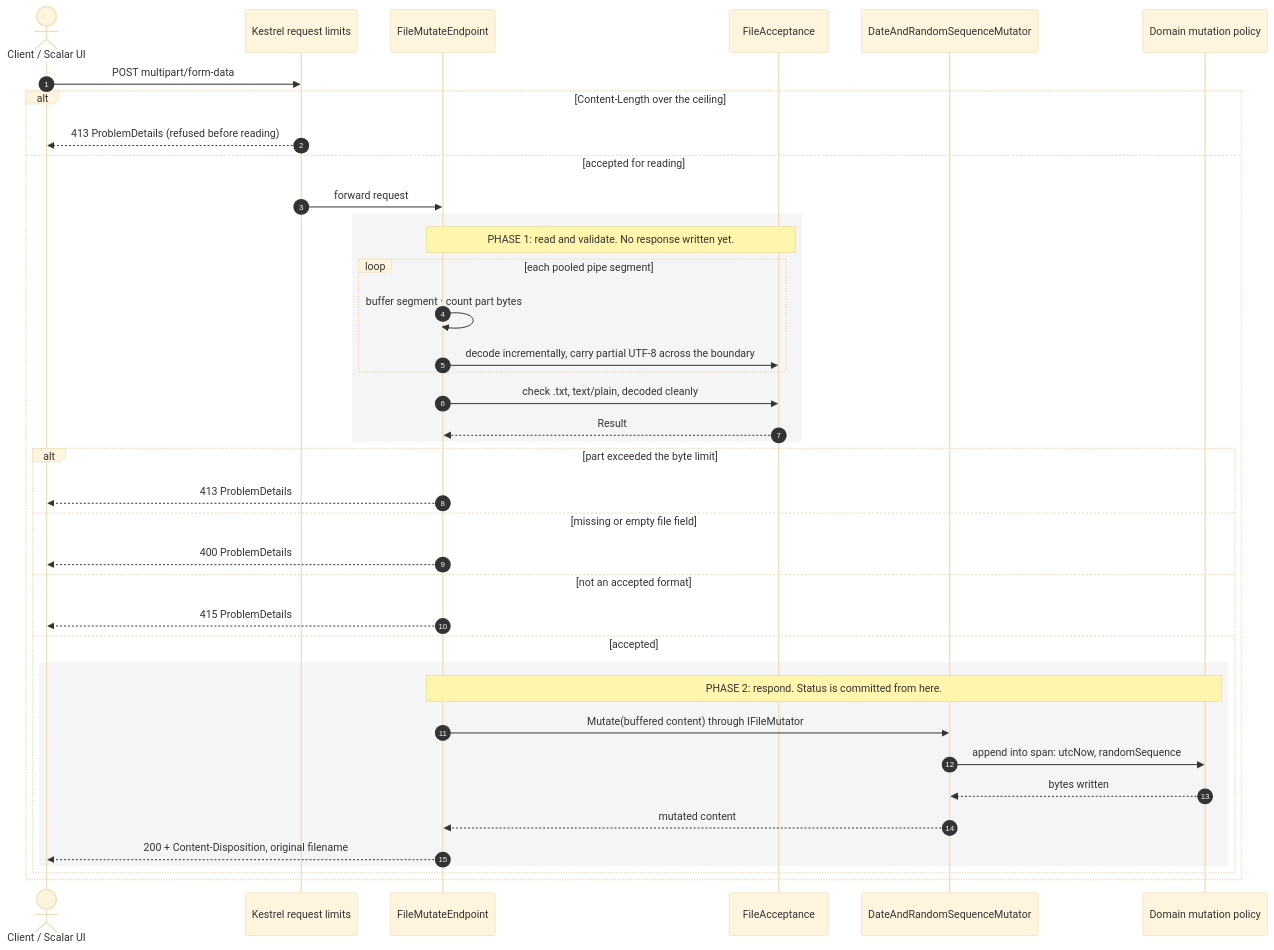
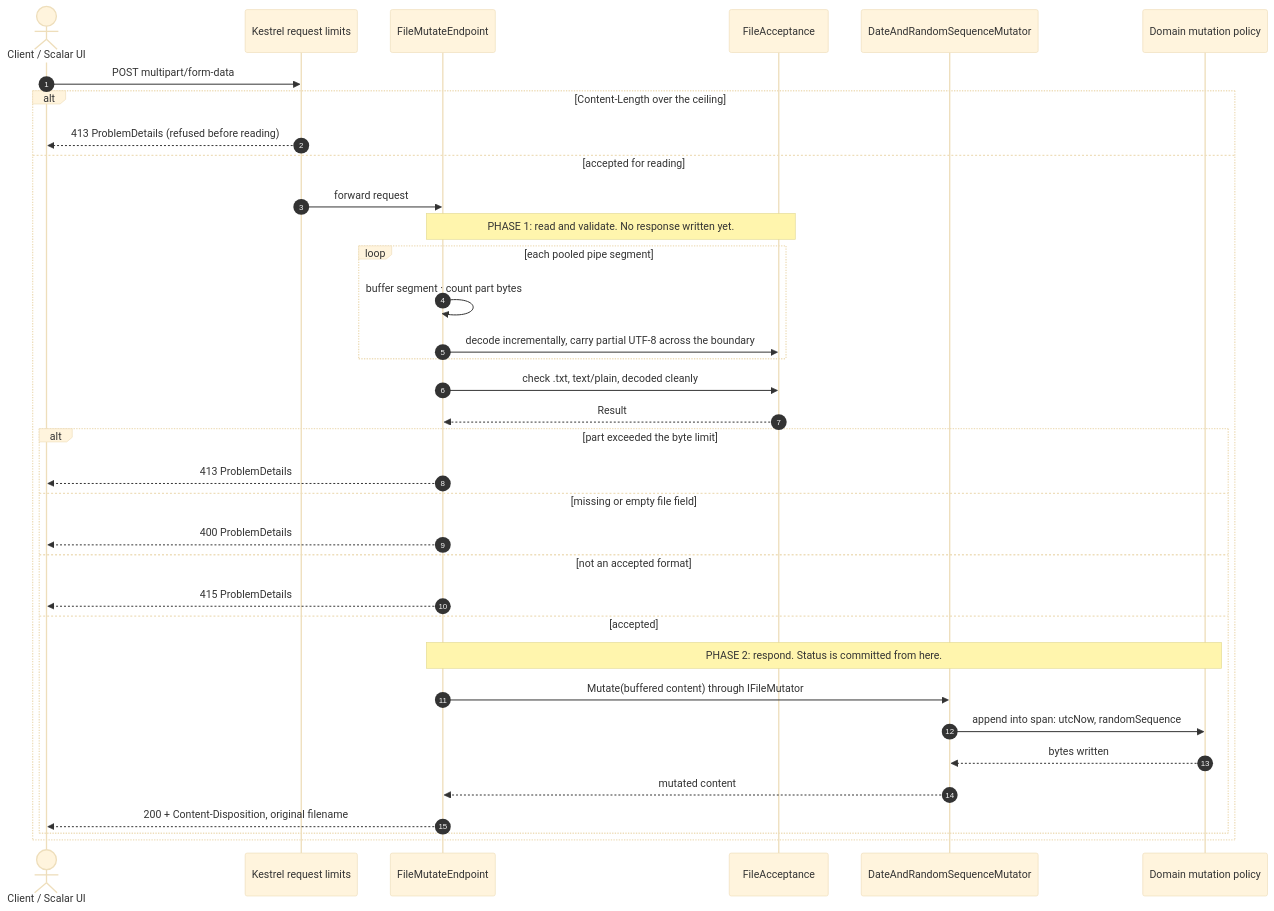
One commit to fabiantax/zero-allocation-fileupload changed the second of 3 diagrams in docs/architecture.md. Above: the diagram before and after it, drawn with Mermaid (base theme). The commit also changed other lines of this file and 7 other files, not shown here.

````diff
--- a/docs/architecture.md
+++ b/docs/architecture.md
@@ -82,45 +90,41 @@
 ```mermaid
 sequenceDiagram
     autonumber
     actor C as Client / Scalar UI
     participant K as Kestrel request limits
     participant E as FileMutateEndpoint
     participant A as FileAcceptance
     participant M as DateAndRandomSequenceMutator
     participant D as Domain mutation policy
 
     C->>K: POST multipart/form-data
 
     alt Content-Length over the ceiling
         K-->>C: 413 ProblemDetails (refused before reading)
     else accepted for reading
         K->>E: forward request
 
-        rect rgb(245,245,245)
         note over E,A: PHASE 1: read and validate. No response written yet.
         loop each pooled pipe segment
             E->>E: buffer segment · count part bytes
             E->>A: decode incrementally, carry partial UTF-8 across the boundary
         end
         E->>A: check .txt, text/plain, decoded cleanly
         A-->>E: Result
-        end
 
         alt part exceeded the byte limit
             E-->>C: 413 ProblemDetails
         else missing or empty file field
             E-->>C: 400 ProblemDetails
         else not an accepted format
             E-->>C: 415 ProblemDetails
         else accepted
-            rect rgb(245,245,245)
             note over E,D: PHASE 2: respond. Status is committed from here.
             E->>M: Mutate(buffered content) through IFileMutator
             M->>D: append into span: utcNow, randomSequence
             D-->>M: bytes written
             M-->>E: mutated content
             E-->>C: 200 + Content-Disposition, original filename
-            end
         end
     end
 ```
````
